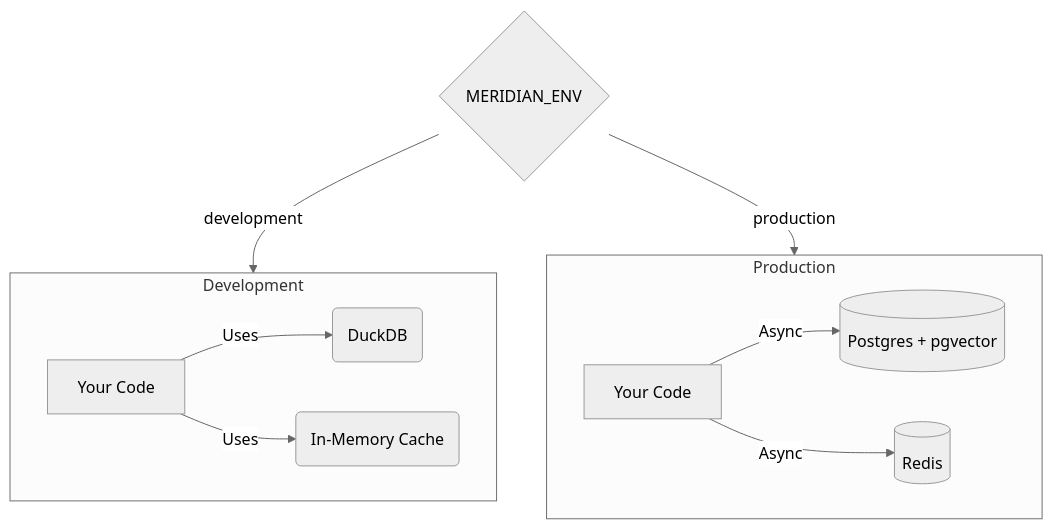
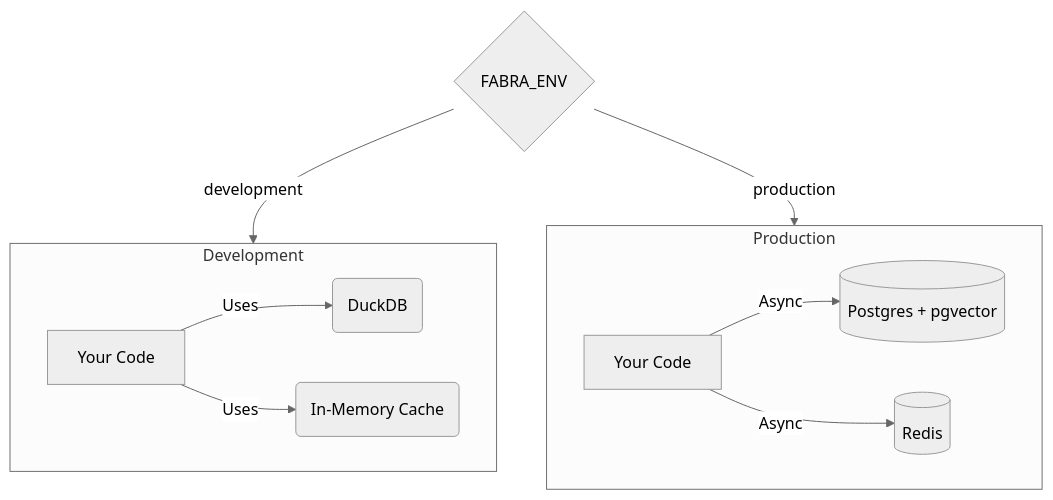
Before and after one commit to davidahmann/fabra: the diagram in README.md, drawn with Mermaid (neutral theme). The commit also changed other lines of this file and 23 other files, not shown here.

First line of the commit message:
refactor: rename MERIDIAN_* env vars to FABRA_*

````diff
--- a/README.md
+++ b/README.md
@@ -182,15 +182,15 @@
 ```mermaid
 graph TD
     subgraph Dev [Development]
         A[Your Code] -->|Uses| B(DuckDB)
         A -->|Uses| C(In-Memory Cache)
     end
 
     subgraph Prod [Production]
         D[Your Code] -->|Async| E[(Postgres + pgvector)]
         D -->|Async| F[(Redis)]
     end
 
-    Switch{MERIDIAN_ENV} -->|development| Dev
+    Switch{FABRA_ENV} -->|development| Dev
     Switch -->|production| Prod
 ```
````
